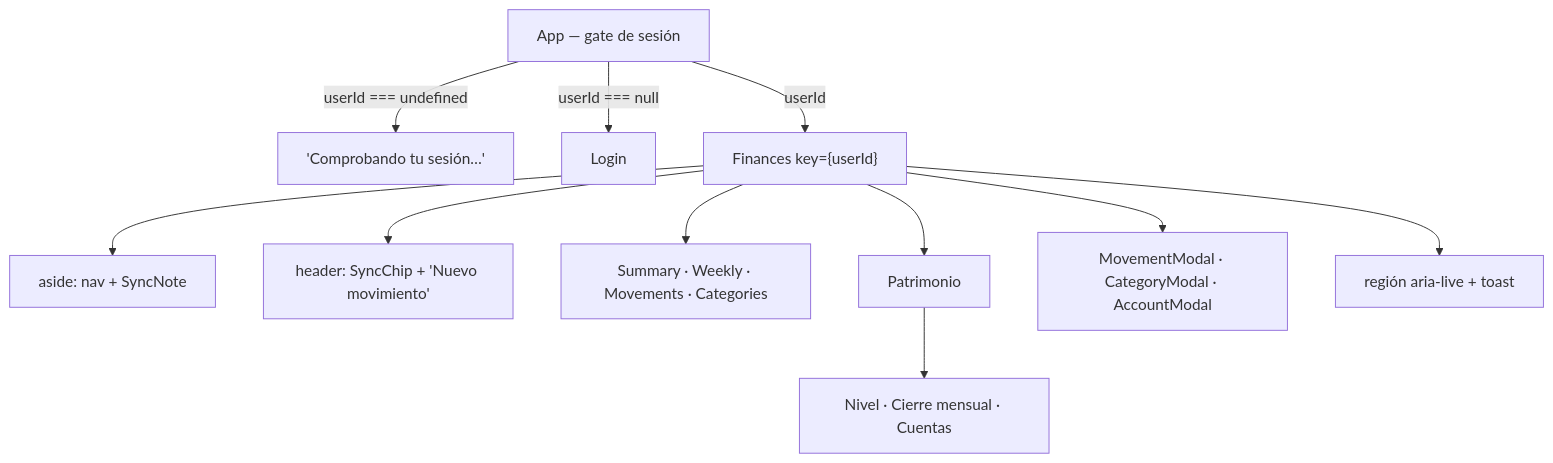
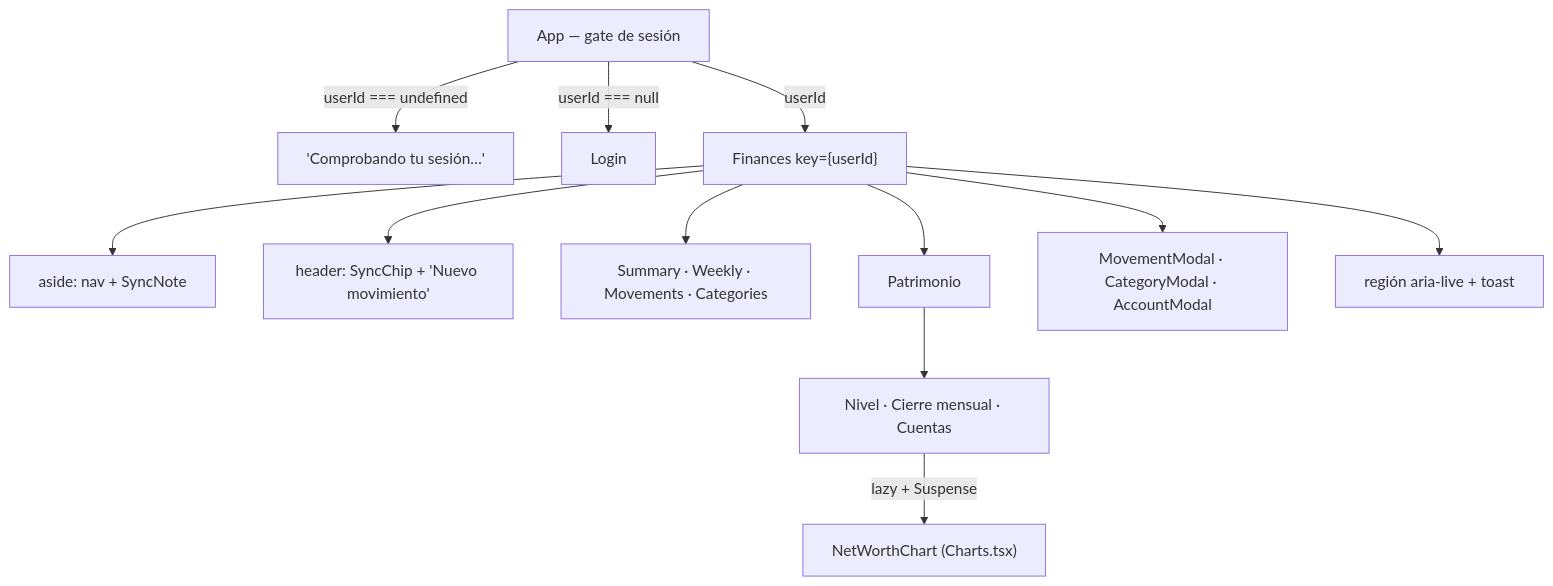
One commit to JoseCarlosCabelloTejero/FinHub changed the diagram in docs/modules/ui-app.md. Above: the diagram before and after it, drawn with Mermaid. The commit also changed other lines of this file and 5 other files, not shown here.

````diff
--- a/docs/modules/ui-app.md
+++ b/docs/modules/ui-app.md
@@ -22,13 +22,14 @@
 ```mermaid
 flowchart TD
     App["App — gate de sesión"] -->|"userId === undefined"| Load["'Comprobando tu sesión…'"]
     App -->|"userId === null"| Login["Login"]
     App -->|"userId"| Fin["Finances key={userId}"]
     Fin --> Aside["aside: nav + SyncNote"]
     Fin --> Header["header: SyncChip + 'Nuevo movimiento'"]
     Fin --> Pages["Summary · Weekly · Movements · Categories"]
     Fin --> Pat["Patrimonio"]
     Pat --> PatViews["Nivel · Cierre mensual · Cuentas"]
+    PatViews -->|"lazy + Suspense"| NetChart["NetWorthChart (Charts.tsx)"]
     Fin --> Modals["MovementModal · CategoryModal · AccountModal"]
     Fin --> Live["región aria-live + toast"]
 ```
````
